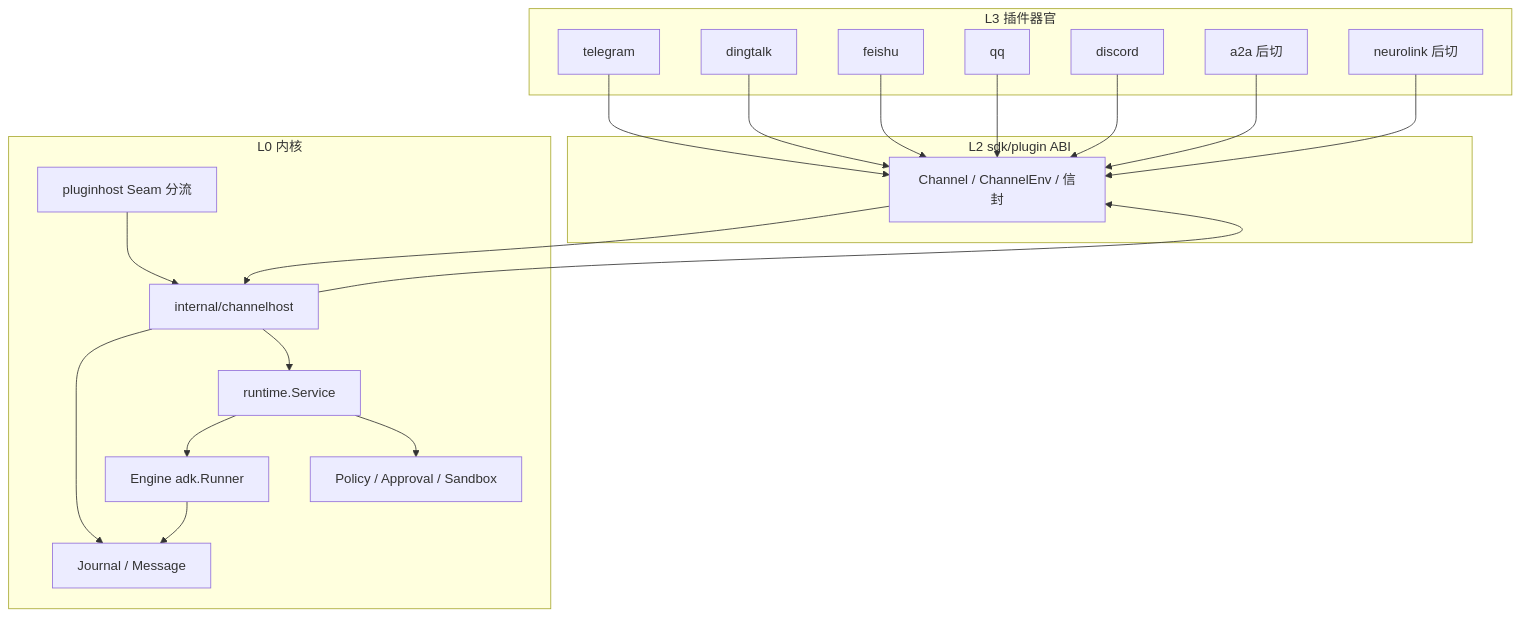
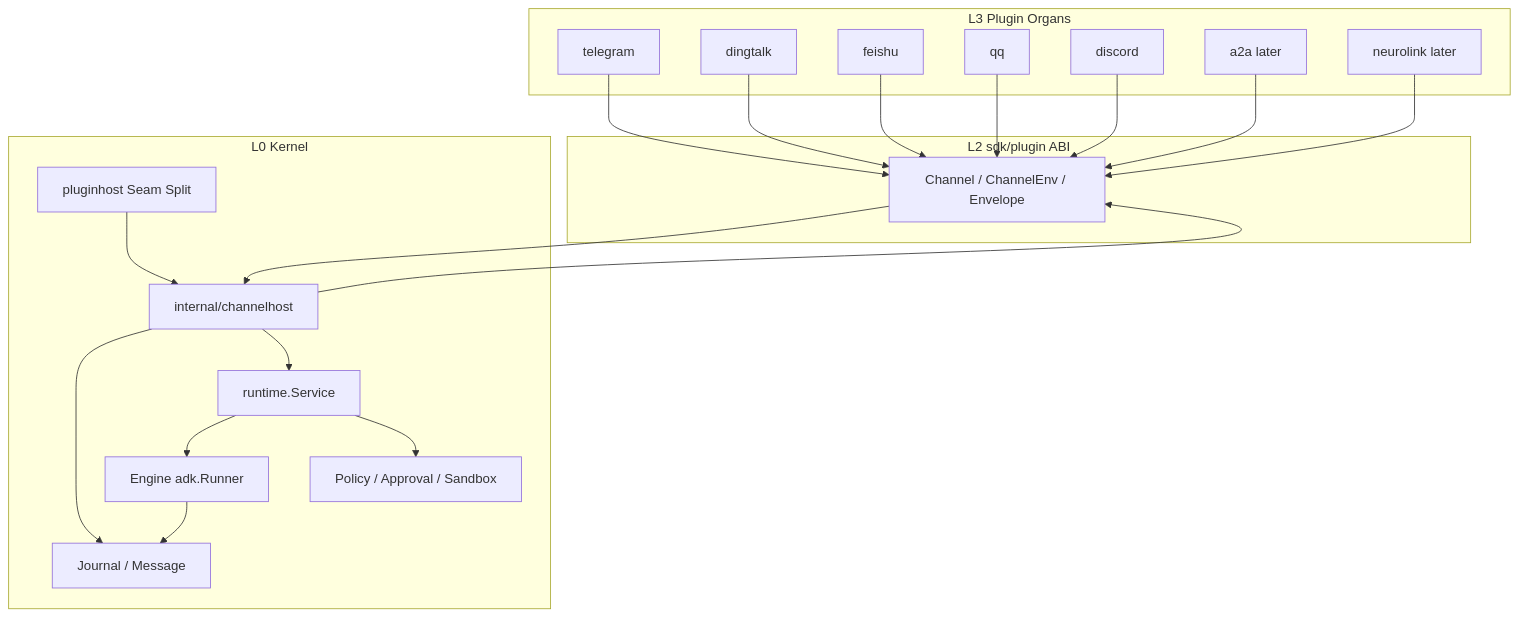
One commit to ProjectViVy/agent-vivy changed the first of 2 diagrams in docs/architecture/VIVY-CHANNEL-EVOLUTION.md. Above: the diagram before and after it, drawn with Mermaid. The commit also changed other lines of this file and 563 other files, not shown here.

````diff
--- a/docs/architecture/VIVY-CHANNEL-EVOLUTION.md
+++ b/docs/architecture/VIVY-CHANNEL-EVOLUTION.md
@@ -63,41 +63,41 @@
 ```mermaid
 flowchart TB
-  subgraph L3["L3 插件器官"]
+  subgraph L3["L3 Plugin Organs"]
     TG[telegram]
     DT[dingtalk]
     FS[feishu]
     QQ[qq]
     DC[discord]
-    A2A["a2a 后切"]
-    NL["neurolink 后切"]
+    A2A["a2a later"]
+    NL["neurolink later"]
   end
 
   subgraph L2["L2 sdk/plugin ABI"]
-    CHIF[Channel / ChannelEnv / 信封]
+    CHIF[Channel / ChannelEnv / Envelope]
   end
 
-  subgraph L0["L0 内核"]
+  subgraph L0["L0 Kernel"]
     HOST[internal/channelhost]
-    PH[pluginhost Seam 分流]
+    PH["pluginhost Seam Split"]
     SVC[runtime.Service]
     ENG[Engine adk.Runner]
     JRN[Journal / Message]
     POL[Policy / Approval / Sandbox]
   end
 
   TG --> CHIF
   DT --> CHIF
   FS --> CHIF
   QQ --> CHIF
   DC --> CHIF
   A2A --> CHIF
   NL --> CHIF
   CHIF --> HOST
   PH --> HOST
   HOST --> JRN
   HOST --> SVC
   SVC --> ENG
   ENG --> JRN
   SVC --> POL
   HOST --> CHIF
 ```
````
